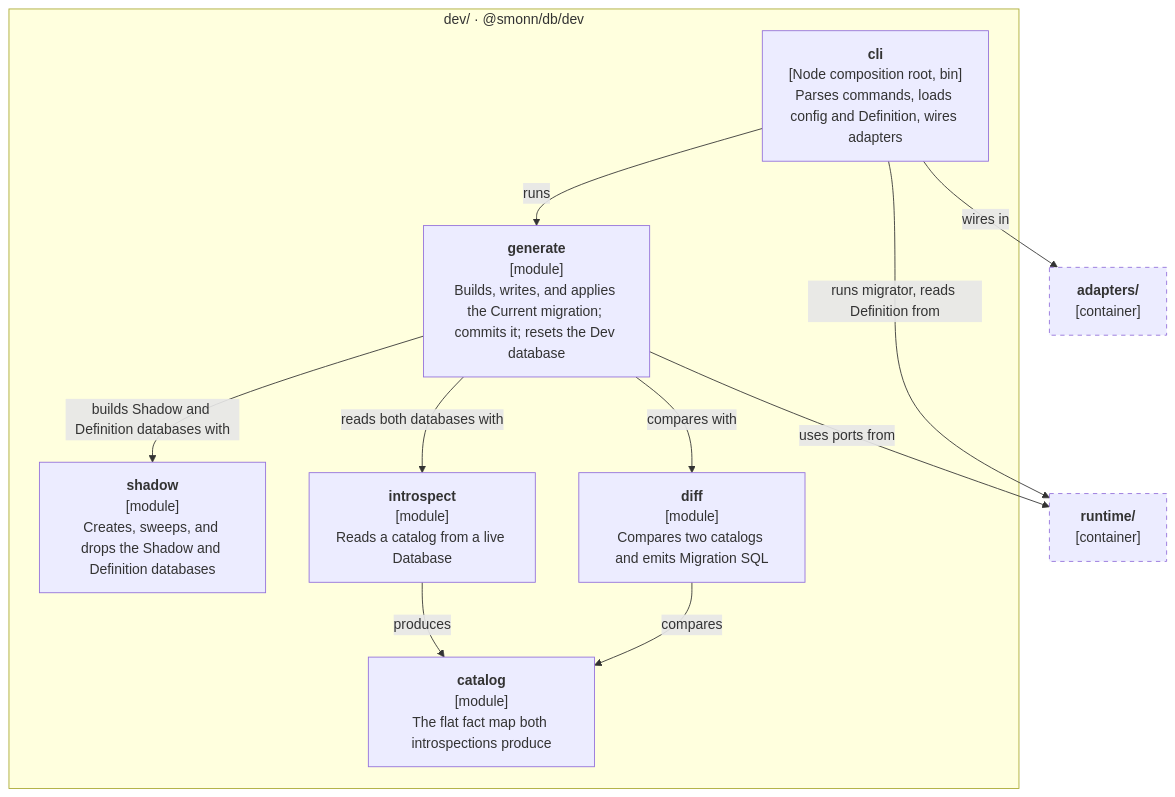
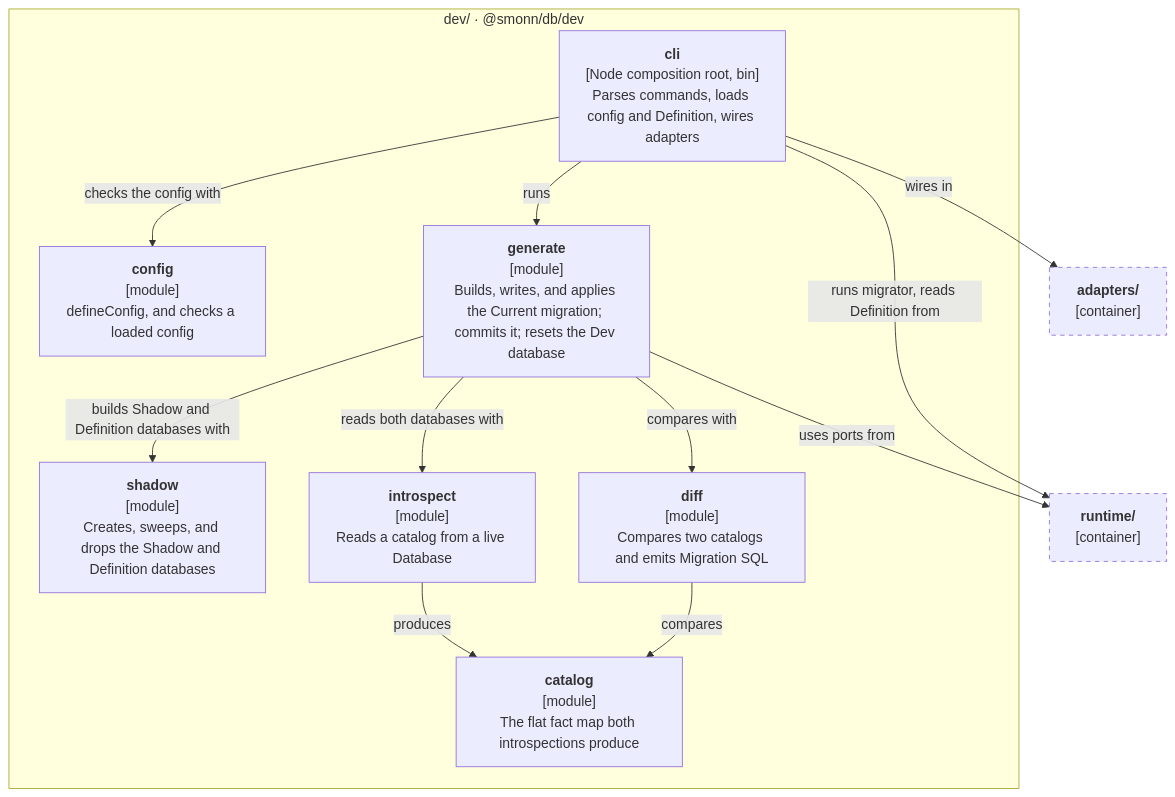
One commit to smonn/db changed the fourth of 8 diagrams in docs/architecture.md. Above: the diagram before and after it, drawn with Mermaid. The commit also changed other lines of this file and 10 other files, not shown here.

Commit message:
feat(cli): run generate, commit, and migrate from smonndb.config.ts

````diff
--- a/docs/architecture.md
+++ b/docs/architecture.md
@@ -88,27 +88,29 @@
 ```mermaid
 flowchart TB
   subgraph dev["dev/ · @smonn/db/dev"]
     cli["<b>cli</b><br/>[Node composition root, bin]<br/>Parses commands, loads config and Definition, wires adapters"]
+    config["<b>config</b><br/>[module]<br/>defineConfig, and checks a loaded config"]
     generate["<b>generate</b><br/>[module]<br/>Builds, writes, and applies the Current migration; commits it; resets the Dev database"]
     shadow["<b>shadow</b><br/>[module]<br/>Creates, sweeps, and drops the Shadow and Definition databases"]
     introspect["<b>introspect</b><br/>[module]<br/>Reads a catalog from a live Database"]
     diff["<b>diff</b><br/>[module]<br/>Compares two catalogs and emits Migration SQL"]
     catalog["<b>catalog</b><br/>[module]<br/>The flat fact map both introspections produce"]
   end
 
   runtime["<b>runtime/</b><br/>[container]"]
   adapters["<b>adapters/</b><br/>[container]"]
 
+  cli -- "checks the config with" --> config
   cli -- "runs" --> generate
   generate -- "builds Shadow and Definition databases with" --> shadow
   generate -- "reads both databases with" --> introspect
   generate -- "compares with" --> diff
   introspect -- "produces" --> catalog
   diff -- "compares" --> catalog
   cli -- "runs migrator, reads Definition from" --> runtime
   generate -- "uses ports from" --> runtime
   cli -- "wires in" --> adapters
 
   classDef external stroke-dasharray: 5 5
   class runtime,adapters external
 ```
````
